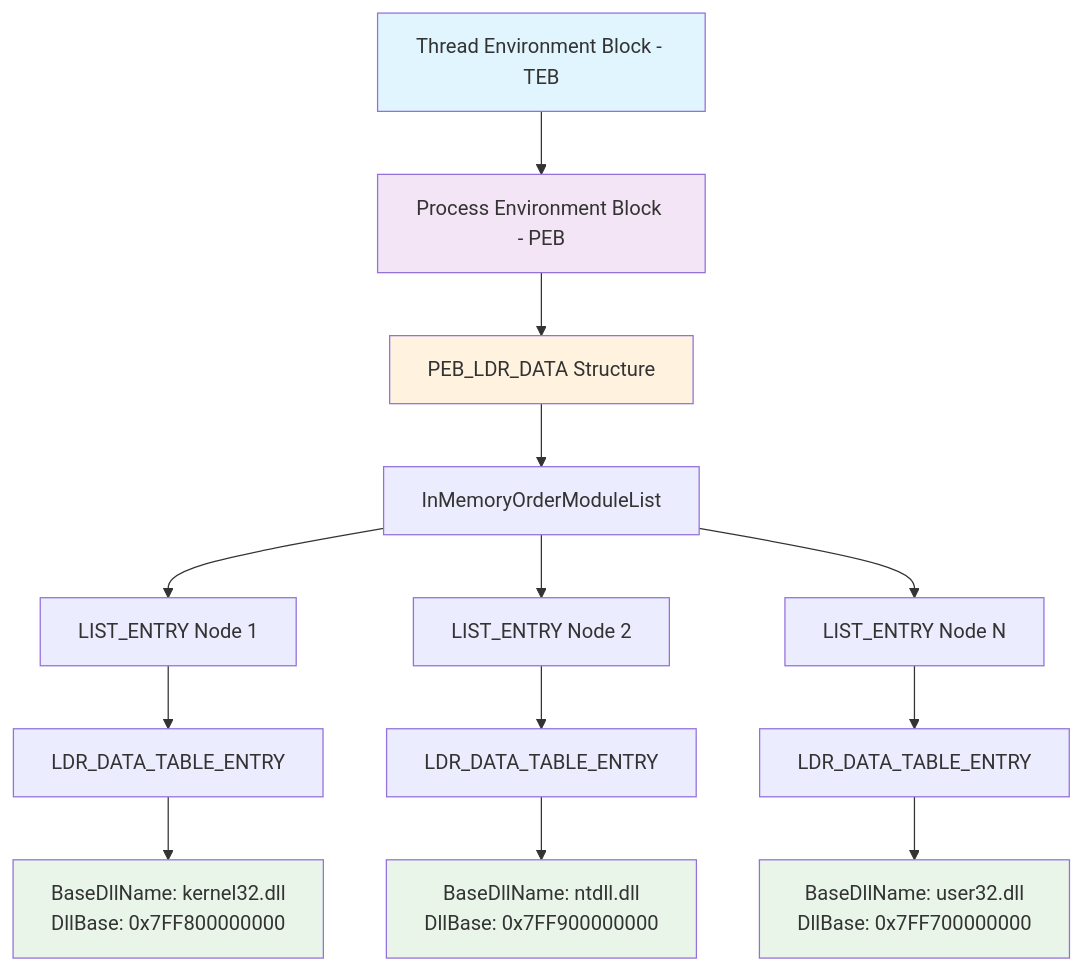
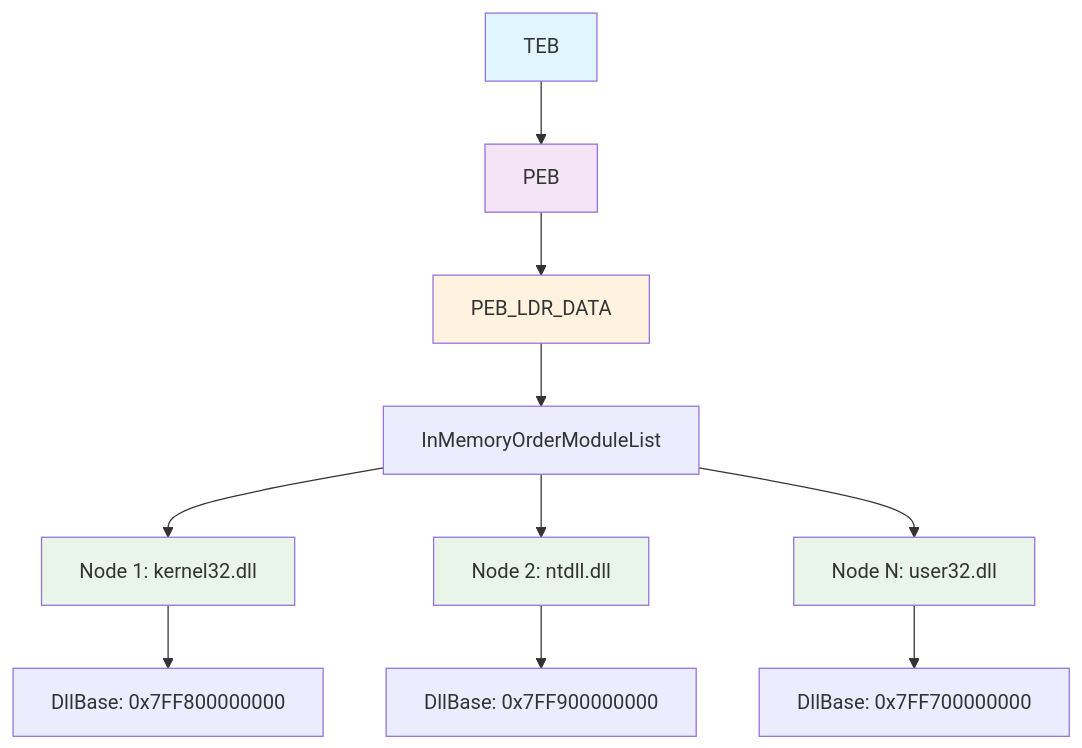
Before and after one commit to usuiWind/Windows-Import-Resolver: the first of 11 diagrams in diagrams.md, drawn with Mermaid. The commit also changed other lines of this file, not shown here.

````diff
--- a/diagrams.md
+++ b/diagrams.md
@@ -5,22 +7,19 @@
 ```mermaid
 graph TD
-    A[Thread Environment Block - TEB] --> B[Process Environment Block - PEB]
-    B --> C[PEB_LDR_DATA Structure]
+    A[TEB] --> B[PEB]
+    B --> C[PEB_LDR_DATA]
     C --> D[InMemoryOrderModuleList]
-    D --> E[LIST_ENTRY Node 1]
-    D --> F[LIST_ENTRY Node 2]
-    D --> G[LIST_ENTRY Node N]
-    E --> H[LDR_DATA_TABLE_ENTRY]
-    F --> I[LDR_DATA_TABLE_ENTRY]
-    G --> J[LDR_DATA_TABLE_ENTRY]
-    H --> K[BaseDllName: kernel32.dll<br/>DllBase: 0x7FF800000000]
-    I --> L[BaseDllName: ntdll.dll<br/>DllBase: 0x7FF900000000]
-    J --> M[BaseDllName: user32.dll<br/>DllBase: 0x7FF700000000]
+    D --> E[Node 1: kernel32.dll]
+    D --> F[Node 2: ntdll.dll]
+    D --> G[Node N: user32.dll]
+    E --> H[DllBase: 0x7FF800000000]
+    F --> I[DllBase: 0x7FF900000000]
+    G --> J[DllBase: 0x7FF700000000]
     
     style A fill:#e1f5fe
     style B fill:#f3e5f5
     style C fill:#fff3e0
-    style K fill:#e8f5e8
-    style L fill:#e8f5e8
-    style M fill:#e8f5e8
+    style E fill:#e8f5e8
+    style F fill:#e8f5e8
+    style G fill:#e8f5e8
 ```
````
